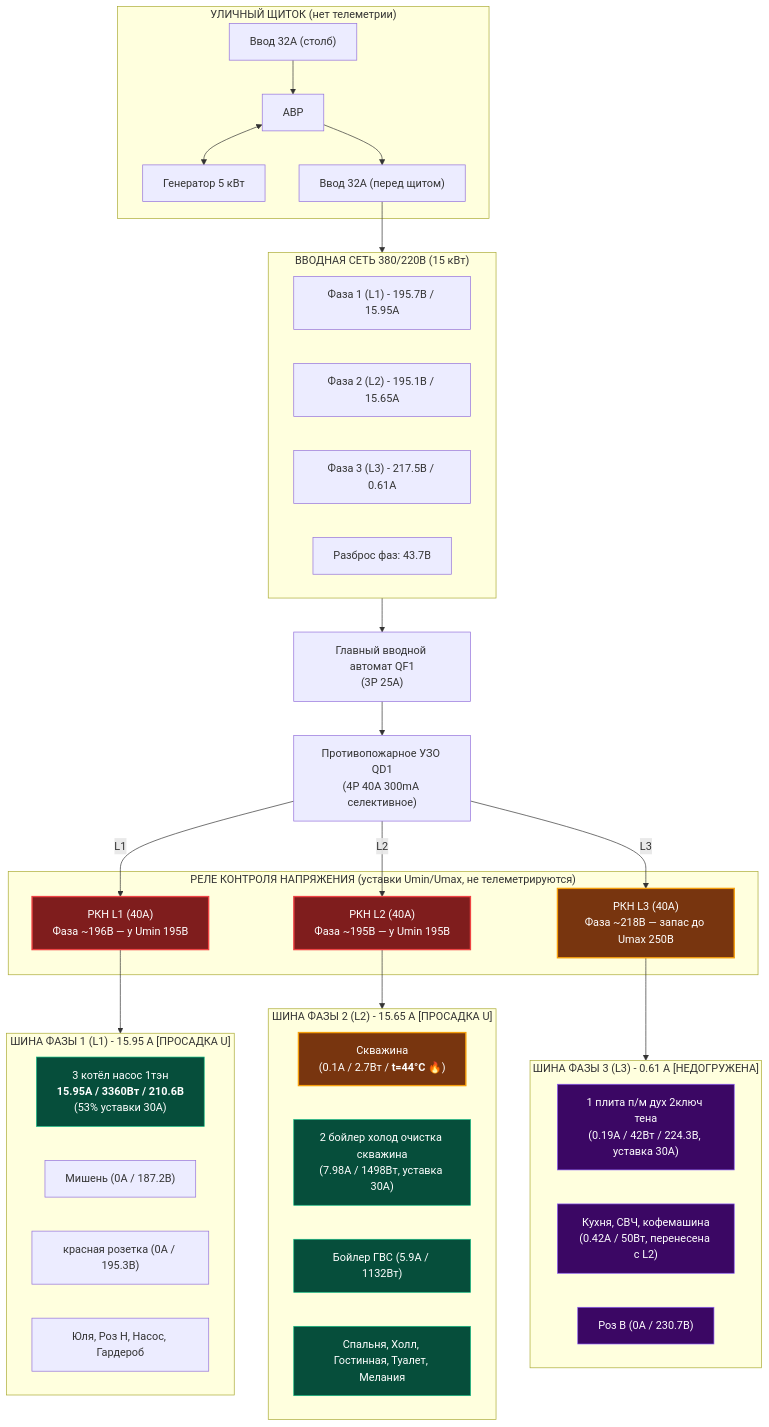
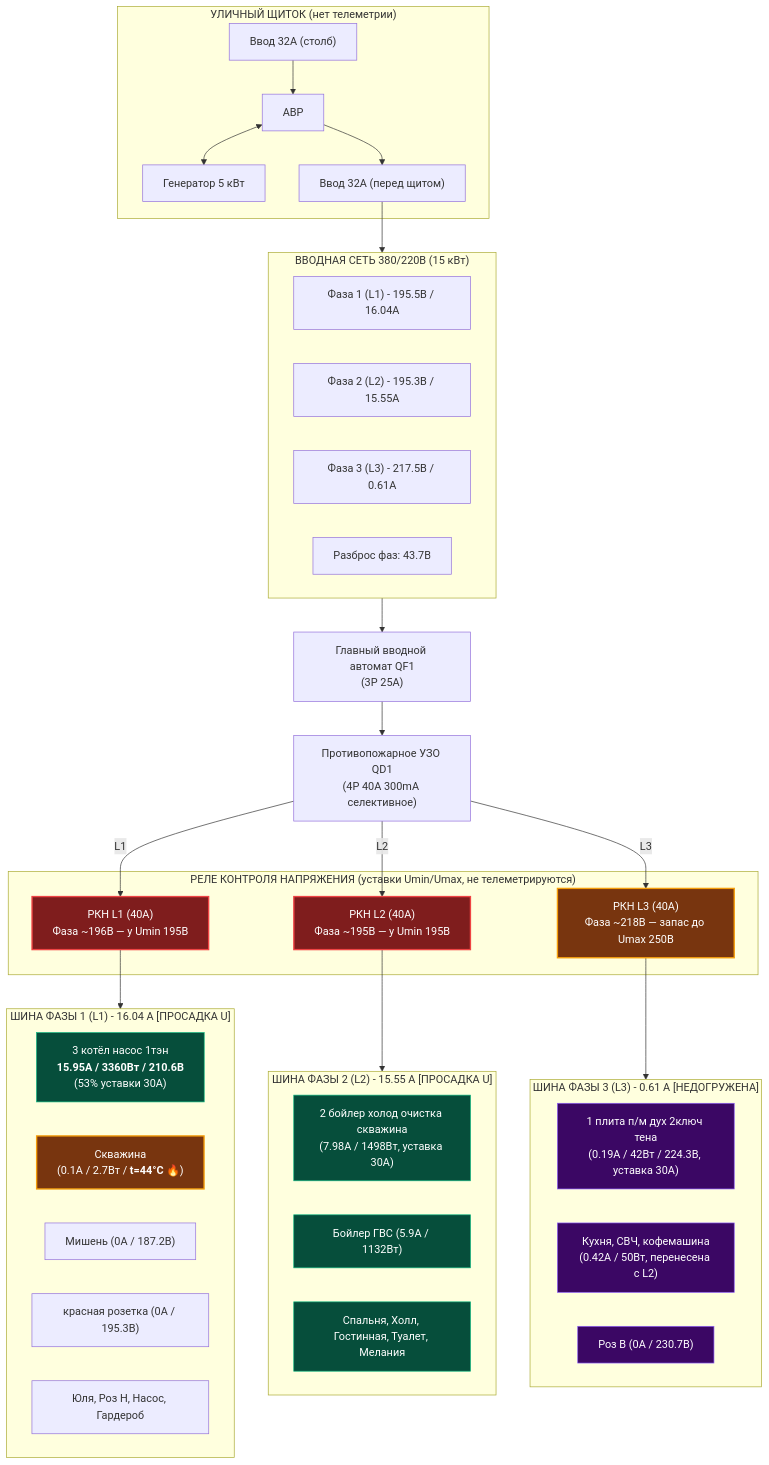
Before and after one commit to Dmitran13/home-electrical-schema: the diagram in README.md, drawn with Mermaid. The commit also changed other lines of this file and 3 other files, not shown here.

````diff
--- a/README.md
+++ b/README.md
@@ -162,70 +163,70 @@
 ```mermaid
 flowchart TD
     subgraph STREET ["УЛИЧНЫЙ ЩИТОК (нет телеметрии)"]
         SIN1["Ввод 32А (столб)"]
         ATS["АВР"]
         GEN["Генератор 5 кВт"]
         SIN2["Ввод 32А (перед щитом)"]
         SIN1 --> ATS
         ATS <--> GEN
         ATS --> SIN2
     end
 
     subgraph GRID ["ВВОДНАЯ СЕТЬ 380/220В (15 кВт)"]
-        IN_L1["Фаза 1 (L1) - 195.7В / 15.95А"]
-        IN_L2["Фаза 2 (L2) - 195.1В / 15.65А"]
+        IN_L1["Фаза 1 (L1) - 195.5В / 16.04А"]
+        IN_L2["Фаза 2 (L2) - 195.3В / 15.55А"]
         IN_L3["Фаза 3 (L3) - 217.5В / 0.61А"]
         IN_N["Разброс фаз: 43.7В"]
     end
 
     SIN2 --> GRID
 
     QF1["Главный вводной автомат QF1<br/>(3P 25A)"]
     QD1["Противопожарное УЗО QD1<br/>(4P 40A 300mA селективное)"]
 
     GRID --> QF1 --> QD1
 
     subgraph V_RELAYS ["РЕЛЕ КОНТРОЛЯ НАПРЯЖЕНИЯ (уставки Umin/Umax, не телеметрируются)"]
         RKN1["РКН L1 (40A)<br/>Фаза ~196В — у Umin 195В"]
         RKN2["РКН L2 (40A)<br/>Фаза ~195В — у Umin 195В"]
         RKN3["РКН L3 (40A)<br/>Фаза ~218В — запас до Umax 250В"]
     end
 
     QD1 -->|L1| RKN1
     QD1 -->|L2| RKN2
     QD1 -->|L3| RKN3
 
-    subgraph BUS_L1 ["ШИНА ФАЗЫ 1 (L1) - 15.95 А [ПРОСАДКА U]"]
+    subgraph BUS_L1 ["ШИНА ФАЗЫ 1 (L1) - 16.04 А [ПРОСАДКА U]"]
         L1_KOTEL["3 котёл насос 1тэн<br/><b>15.95A / 3360Вт / 210.6В</b><br/>(53% уставки 30А)"]
+        L1_SKV["Скважина<br/>(0.1A / 2.7Вт / <b>t=44°C 🔥</b>)"]
         L1_MISH["Мишень (0A / 187.2В)"]
         L1_KROZ["красная розетка (0A / 195.3В)"]
         L1_REST["Юля, Роз Н, Насос, Гардероб"]
     end
 
-    subgraph BUS_L2 ["ШИНА ФАЗЫ 2 (L2) - 15.65 А [ПРОСАДКА U]"]
-        L2_SKV["Скважина<br/>(0.1A / 2.7Вт / <b>t=44°C 🔥</b>)"]
+    subgraph BUS_L2 ["ШИНА ФАЗЫ 2 (L2) - 15.55 А [ПРОСАДКА U]"]
         L2_BOIL["2 бойлер холод очистка скважина<br/>(7.98A / 1498Вт, уставка 30А)"]
         L2_BOIL2["Бойлер ГВС (5.9A / 1132Вт)"]
         L2_ROOMS["Спальня, Холл, Гостинная, Туалет, Мелания"]
     end
 
     subgraph BUS_L3 ["ШИНА ФАЗЫ 3 (L3) - 0.61 А [НЕДОГРУЖЕНА]"]
         L3_PLITA["1 плита п/м дух 2ключ тена<br/>(0.19A / 42Вт / 224.3В, уставка 30А)"]
         L3_KITCH["Кухня, СВЧ, кофемашина<br/>(0.42A / 50Вт, перенесена с L2)"]
         L3_ROZV["Роз В (0A / 230.7В)"]
     end
 
     RKN1 --> BUS_L1
     RKN2 --> BUS_L2
     RKN3 --> BUS_L3
 
     classDef crit fill:#7f1d1d,stroke:#ef4444,stroke-width:2px,color:#fff;
     classDef warn fill:#78350f,stroke:#f59e0b,stroke-width:2px,color:#fff;
     classDef ok fill:#064e3b,stroke:#10b981,stroke-width:1px,color:#fff;
     classDef l3style fill:#3b0764,stroke:#8b5cf6,stroke-width:1px,color:#fff;
 
     class RKN1,RKN2 crit;
-    class L2_SKV,RKN3 warn;
+    class L1_SKV,RKN3 warn;
     class L1_KOTEL,L2_BOIL,L2_BOIL2,L2_ROOMS ok;
     class L3_PLITA,L3_KITCH,L3_ROZV l3style;
 ```
````
